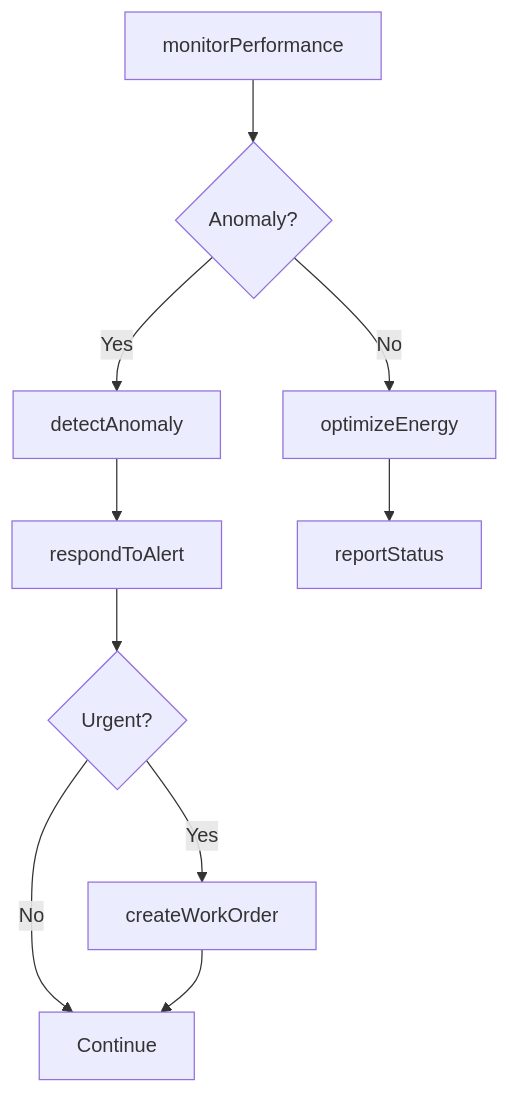
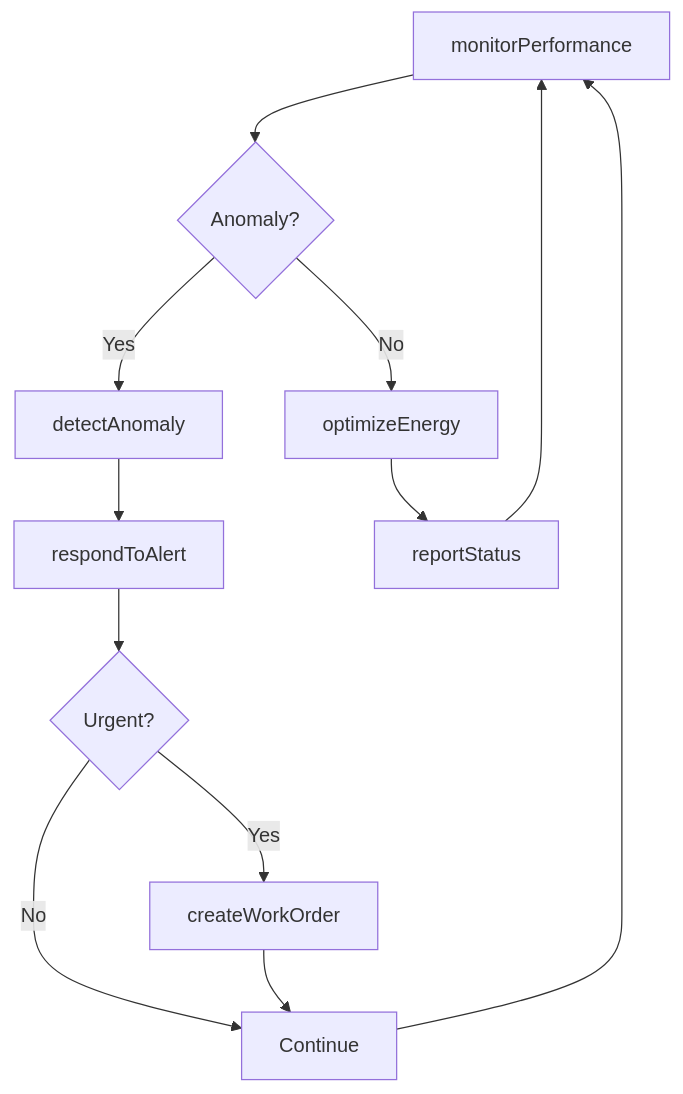
Before and after one commit to dot-org-ai/tasks.org.ai: the third of 4 diagrams in MonitoringProcessesMaterialsOrSurroundings/MonitorOperationsToEnsureAdequatePerformance/MonitorFacilitiesOperationalSystems.mdx, drawn with Mermaid. The commit also changed other lines of this file and 266 other files, not shown here.

First line of the commit message:
feat: Add ER diagrams, state diagrams to wave 2 batch (251 DWA files)

````diff
--- a/MonitoringProcessesMaterialsOrSurroundings/MonitorOperationsToEnsureAdequatePerformance/MonitorFacilitiesOperationalSystems.mdx
+++ b/MonitoringProcessesMaterialsOrSurroundings/MonitorOperationsToEnsureAdequatePerformance/MonitorFacilitiesOperationalSystems.mdx
@@ -87,12 +119,14 @@
 ```mermaid
 graph TD
     A[monitorPerformance] --> B{Anomaly?}
     B -->|Yes| C[detectAnomaly]
     B -->|No| D[optimizeEnergy]
     C --> E[respondToAlert]
     E --> F{Urgent?}
     F -->|Yes| G[createWorkOrder]
     F -->|No| H[Continue]
     G --> H
     D --> I[reportStatus]
+    H --> A
+    I --> A
 ```
````
